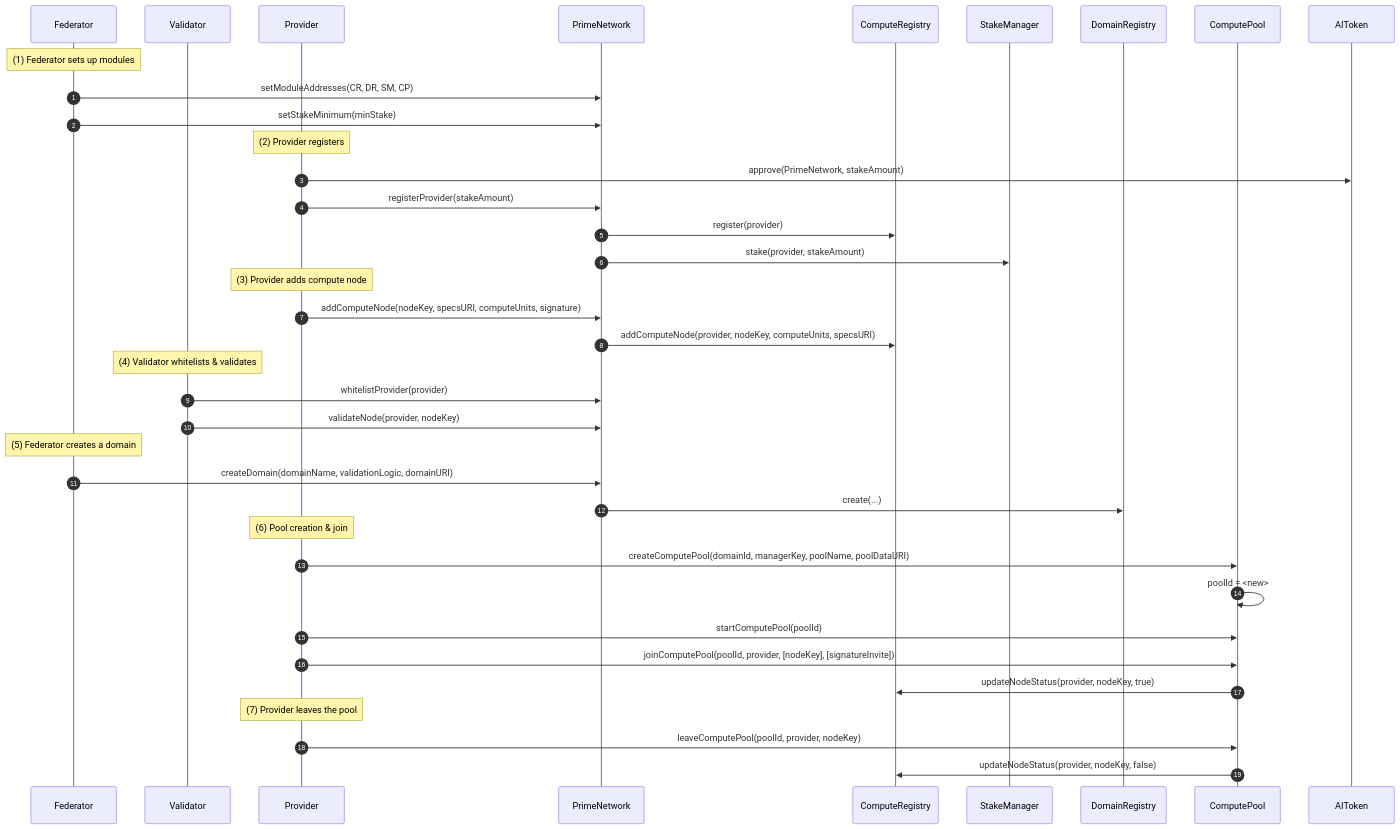
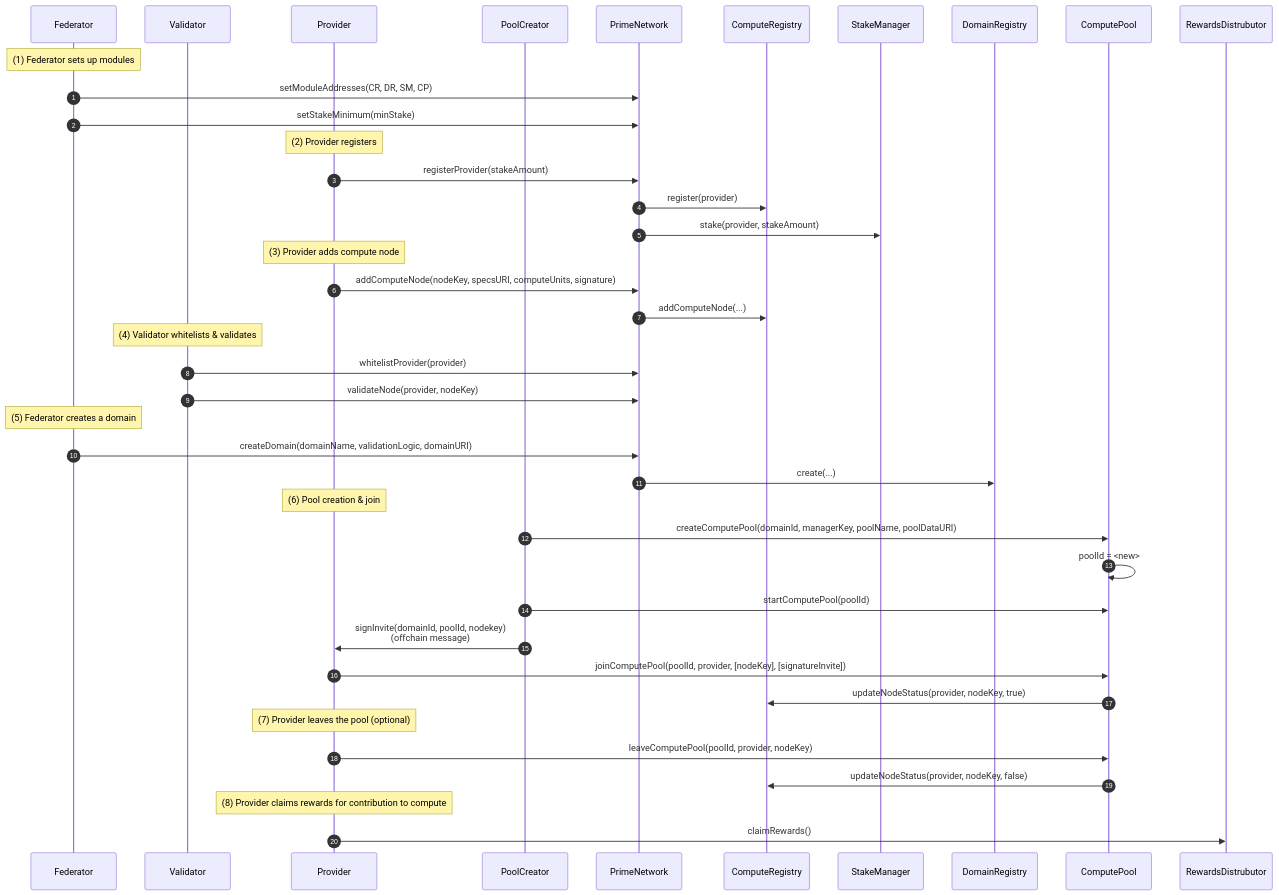
One commit to outwrit/smart-contracts changed the diagram in README.md. Above: the diagram before and after it, drawn with Mermaid.

Commit message:
fix issue in diagram

````diff
--- a/README.md
+++ b/README.md
@@ -90,46 +90,50 @@
 ```mermaid
 sequenceDiagram
     autonumber
     participant F as Federator
     participant V as Validator
     participant P as Provider
+    participant PC as PoolCreator
     participant PN as PrimeNetwork
     participant CR as ComputeRegistry
     participant SM as StakeManager
     participant DR as DomainRegistry
     participant CP as ComputePool
-    participant AI as AIToken
+    participant RD as RewardsDistrubutor
 
     Note over F: (1) Federator sets up modules
     F->>PN: setModuleAddresses(CR, DR, SM, CP)
     F->>PN: setStakeMinimum(minStake)
 
     Note over P: (2) Provider registers
-    P->>AI: approve(PrimeNetwork, stakeAmount)
     P->>PN: registerProvider(stakeAmount)
     PN->>CR: register(provider)
     PN->>SM: stake(provider, stakeAmount)
 
     Note over P: (3) Provider adds compute node
     P->>PN: addComputeNode(nodeKey, specsURI, computeUnits, signature)
-    PN->>CR: addComputeNode(provider, nodeKey, computeUnits, specsURI)
+    PN->>CR: addComputeNode(...)
 
     Note over V: (4) Validator whitelists & validates
     V->>PN: whitelistProvider(provider)
     V->>PN: validateNode(provider, nodeKey)
 
     Note over F: (5) Federator creates a domain
     F->>PN: createDomain(domainName, validationLogic, domainURI)
     PN->>DR: create(...)
 
     Note over P: (6) Pool creation & join
-    P->>CP: createComputePool(domainId, managerKey, poolName, poolDataURI)
+    PC->>CP: createComputePool(domainId, managerKey, poolName, poolDataURI)
     CP->>CP: poolId = <new>
-    P->>CP: startComputePool(poolId)
+    PC->>CP: startComputePool(poolId)
+    PC->>P: signInvite(domainId, poolId, nodekey) <br /> (offchain message)
     P->>CP: joinComputePool(poolId, provider, [nodeKey], [signatureInvite])
     CP->>CR: updateNodeStatus(provider, nodeKey, true)
 
-    Note over P: (7) Provider leaves the pool
+    Note over P: (7) Provider leaves the pool (optional)
     P->>CP: leaveComputePool(poolId, provider, nodeKey)
     CP->>CR: updateNodeStatus(provider, nodeKey, false)
+
+    Note over P: (8) Provider claims rewards for contribution to compute
+    P->>RD: claimRewards()
 ```
````
